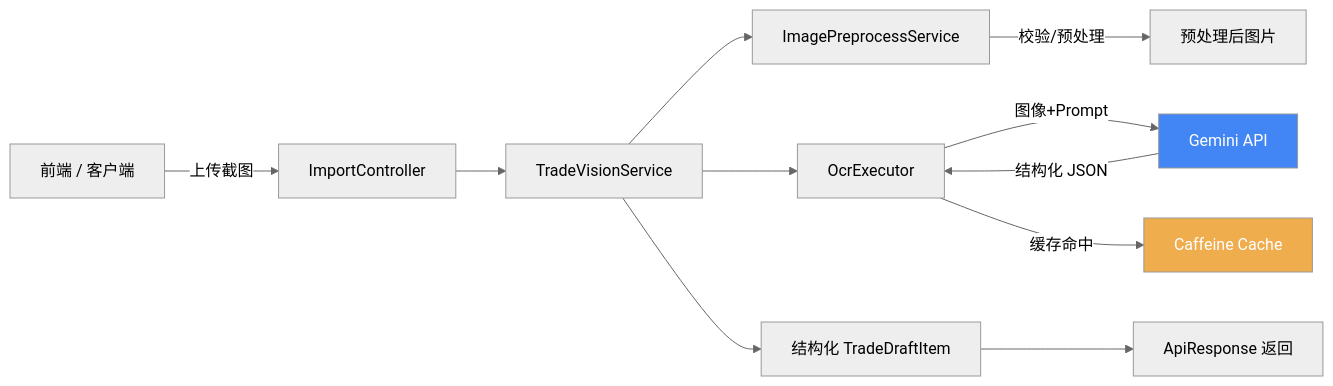
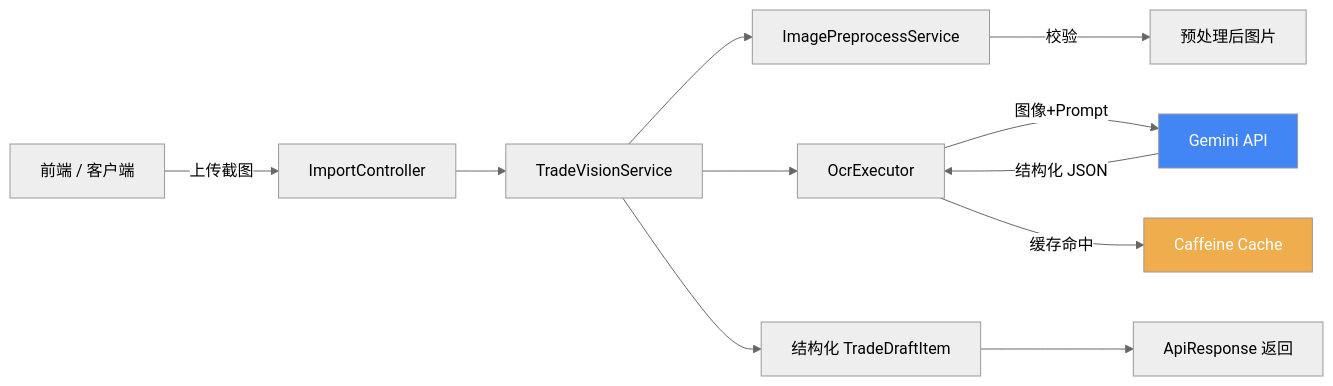
Before and after one commit to loveheng/stock-calculator-service: the first of 3 diagrams in README.md, drawn with Mermaid (neutral theme). The commit also changed other lines of this file and 17 other files, not shown here.

````diff
--- a/README.md
+++ b/README.md
@@ -23,16 +32,16 @@
 ```mermaid
 flowchart LR
     A[前端 / 客户端] -->|上传截图| B[ImportController]
     B --> C[TradeVisionService]
     C --> D[ImagePreprocessService]
-    D -->|校验/预处理| E[预处理后图片]
+    D -->|校验| E[预处理后图片]
     C --> F[OcrExecutor]
     F -->|图像+Prompt| G[Gemini API]
     G -->|结构化 JSON| F
     F -->|缓存命中| H[Caffeine Cache]
     C --> I[结构化 TradeDraftItem]
     I --> J[ApiResponse 返回]
 
     style G fill:#4285F4,color:#fff
     style H fill:#f0ad4e,color:#fff
 ```
````
